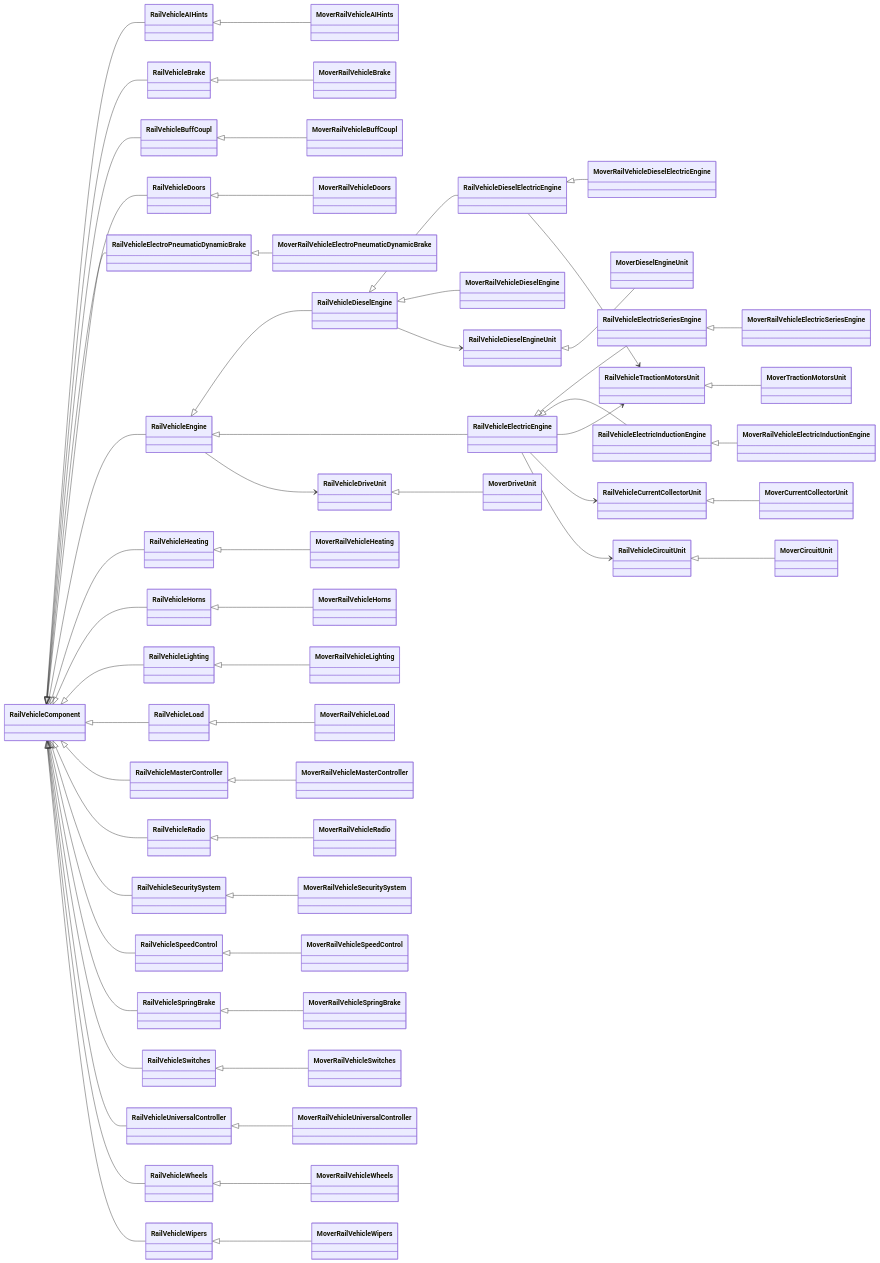
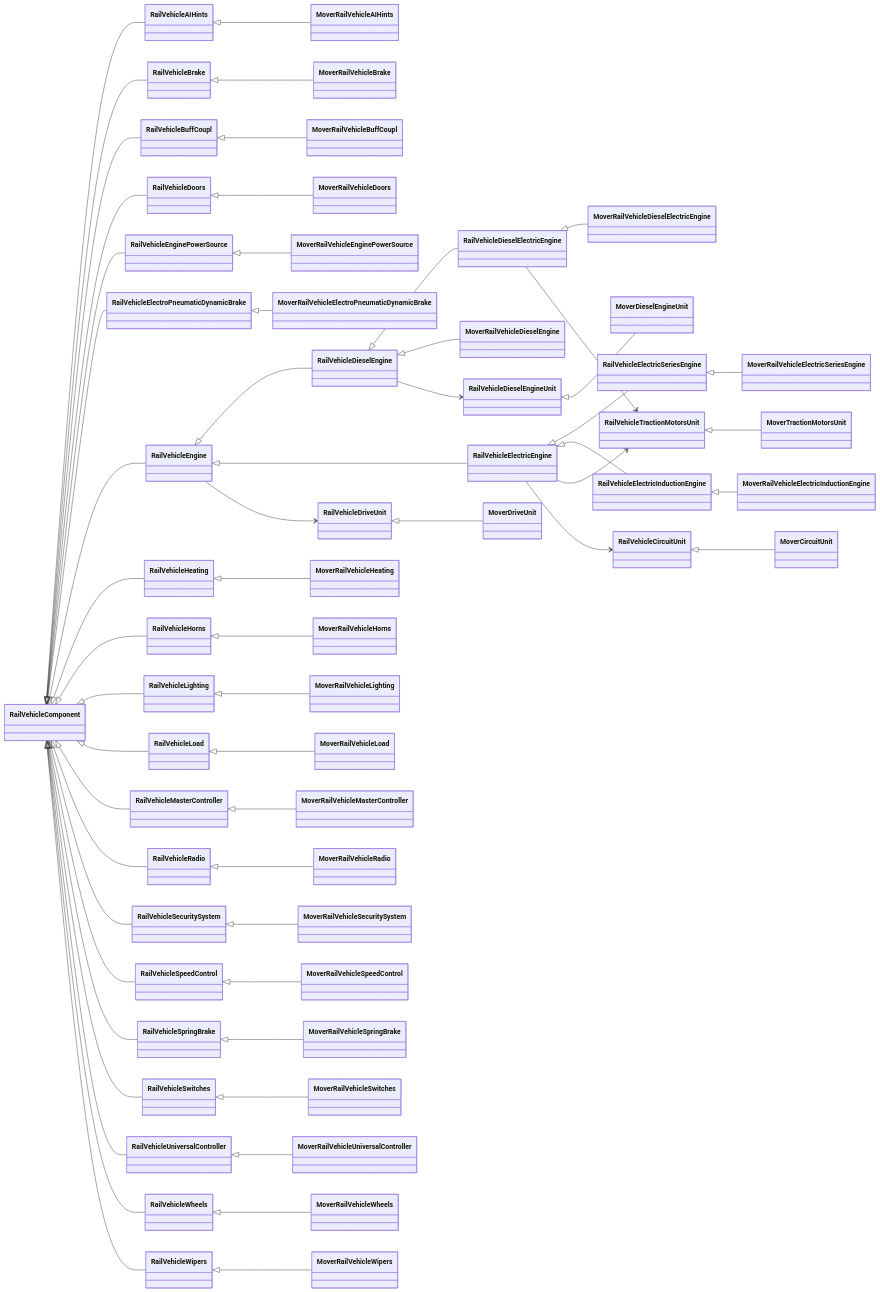
Before and after one commit to MaSzyna-Reloaded/MaSzyna-API-wrapper: the second of 2 diagrams in docs/wrapping-mover.md, drawn with Mermaid. The commit also changed 653 other files, not shown here.

First line of the commit message:
Start-up tests by keys for 44 vehicles, keys in cab logic, power source

````diff
--- a/docs/wrapping-mover.md
+++ b/docs/wrapping-mover.md
@@ -109,64 +109,64 @@
 ```mermaid
 classDiagram
     direction LR
     class RailVehicleComponent
     RailVehicleComponent <|-- RailVehicleAIHints
     RailVehicleComponent <|-- RailVehicleBrake
     RailVehicleComponent <|-- RailVehicleBuffCoupl
     RailVehicleComponent <|-- RailVehicleDoors
+    RailVehicleComponent <|-- RailVehicleEnginePowerSource
     RailVehicleComponent <|-- RailVehicleElectroPneumaticDynamicBrake
     RailVehicleComponent <|-- RailVehicleEngine
     RailVehicleComponent <|-- RailVehicleHeating
     RailVehicleComponent <|-- RailVehicleHorns
     RailVehicleComponent <|-- RailVehicleLighting
     RailVehicleComponent <|-- RailVehicleLoad
     RailVehicleComponent <|-- RailVehicleMasterController
     RailVehicleComponent <|-- RailVehicleRadio
     RailVehicleComponent <|-- RailVehicleSecuritySystem
     RailVehicleComponent <|-- RailVehicleSpeedControl
     RailVehicleComponent <|-- RailVehicleSpringBrake
     RailVehicleComponent <|-- RailVehicleSwitches
     RailVehicleComponent <|-- RailVehicleUniversalController
     RailVehicleComponent <|-- RailVehicleWheels
     RailVehicleComponent <|-- RailVehicleWipers
     RailVehicleEngine <|-- RailVehicleDieselEngine
     RailVehicleDieselEngine <|-- RailVehicleDieselElectricEngine
     RailVehicleEngine <|-- RailVehicleElectricEngine
     RailVehicleElectricEngine <|-- RailVehicleElectricSeriesEngine
     RailVehicleElectricEngine <|-- RailVehicleElectricInductionEngine
 
     RailVehicleAIHints <|-- MoverRailVehicleAIHints
     RailVehicleBrake <|-- MoverRailVehicleBrake
     RailVehicleBuffCoupl <|-- MoverRailVehicleBuffCoupl
     RailVehicleDoors <|-- MoverRailVehicleDoors
     RailVehicleElectroPneumaticDynamicBrake <|-- MoverRailVehicleElectroPneumaticDynamicBrake
     RailVehicleHeating <|-- MoverRailVehicleHeating
     RailVehicleHorns <|-- MoverRailVehicleHorns
     RailVehicleLighting <|-- MoverRailVehicleLighting
     RailVehicleLoad <|-- MoverRailVehicleLoad
     RailVehicleMasterController <|-- MoverRailVehicleMasterController
     RailVehicleRadio <|-- MoverRailVehicleRadio
     RailVehicleSecuritySystem <|-- MoverRailVehicleSecuritySystem
     RailVehicleSpeedControl <|-- MoverRailVehicleSpeedControl
     RailVehicleSpringBrake <|-- MoverRailVehicleSpringBrake
     RailVehicleSwitches <|-- MoverRailVehicleSwitches
+    RailVehicleEnginePowerSource <|-- MoverRailVehicleEnginePowerSource
     RailVehicleUniversalController <|-- MoverRailVehicleUniversalController
     RailVehicleWheels <|-- MoverRailVehicleWheels
     RailVehicleWipers <|-- MoverRailVehicleWipers
     RailVehicleDieselEngine <|-- MoverRailVehicleDieselEngine
     RailVehicleDieselElectricEngine <|-- MoverRailVehicleDieselElectricEngine
     RailVehicleElectricSeriesEngine <|-- MoverRailVehicleElectricSeriesEngine
     RailVehicleElectricInductionEngine <|-- MoverRailVehicleElectricInductionEngine
 
     RailVehicleEngine --> RailVehicleDriveUnit
     RailVehicleDieselEngine --> RailVehicleDieselEngineUnit
     RailVehicleDieselElectricEngine --> RailVehicleTractionMotorsUnit
     RailVehicleElectricEngine --> RailVehicleTractionMotorsUnit
-    RailVehicleElectricEngine --> RailVehicleCurrentCollectorUnit
     RailVehicleElectricEngine --> RailVehicleCircuitUnit
     RailVehicleDriveUnit <|-- MoverDriveUnit
     RailVehicleDieselEngineUnit <|-- MoverDieselEngineUnit
     RailVehicleTractionMotorsUnit <|-- MoverTractionMotorsUnit
-    RailVehicleCurrentCollectorUnit <|-- MoverCurrentCollectorUnit
     RailVehicleCircuitUnit <|-- MoverCircuitUnit
 ```
````
